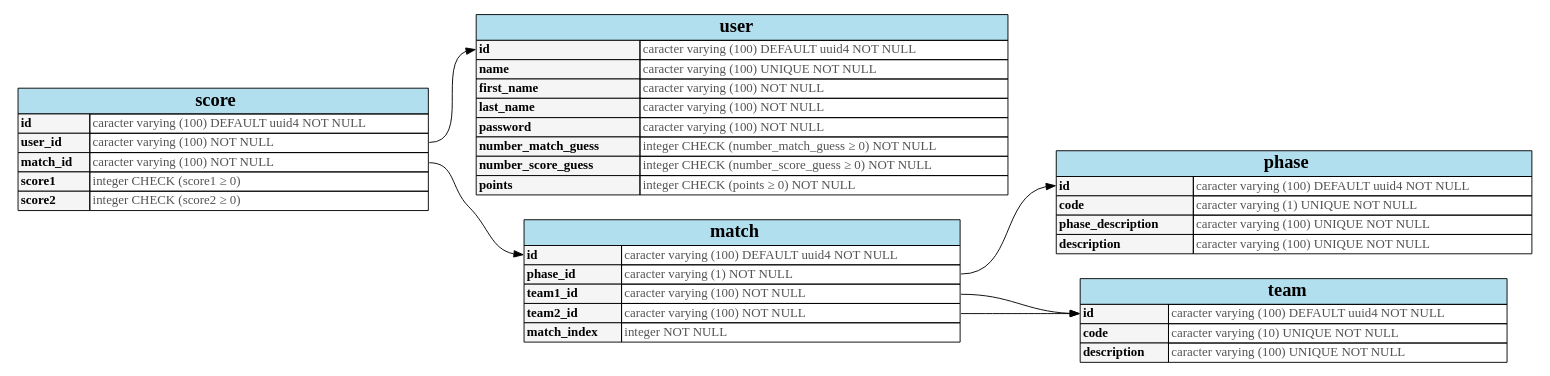
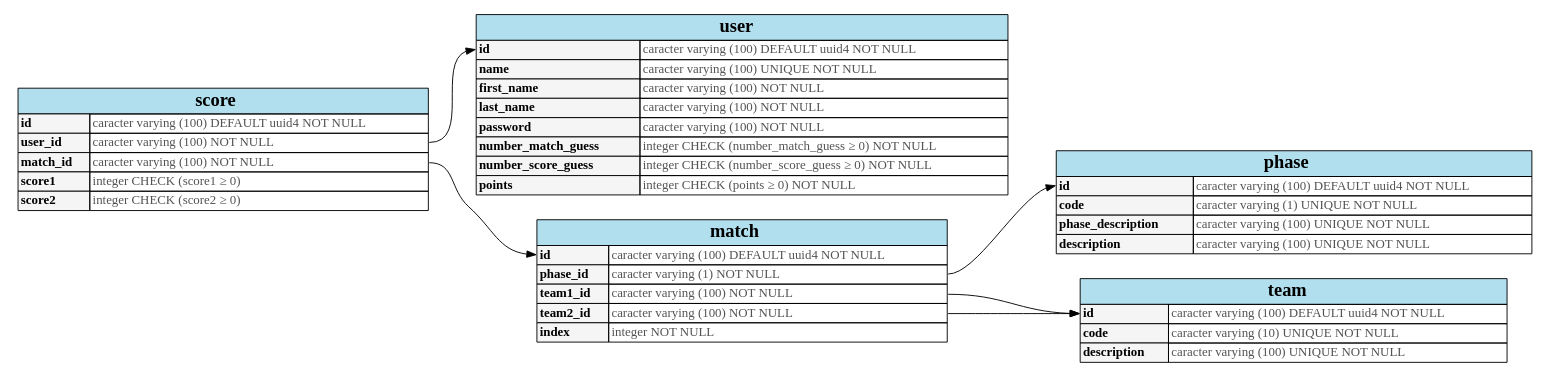
One commit to yak-toto/yak-server changed the diagram in doc/sql_graph.dot. Above: the diagram before and after it, drawn with Graphviz. The commit also changed 4 other files, not shown here.

Commit message:
Change match index column name and introduction in db

```diff
--- a/doc/sql_graph.dot
+++ b/doc/sql_graph.dot
@@ -1,77 +1,77 @@
 digraph G {
     graph[rankdir="LR"];
 
     user[
     shape=none
     label=<
       <table border="0" cellspacing="0" cellborder="1">
         <tr><td bgcolor="lightblue2" colspan="2"><font face="Times-bold" point-size="20">user</font></td></tr>
         <tr><td bgcolor="grey96" align="left" port="id_left"><font face="Times-bold">id</font></td><td align="left"><font color="#535353">caracter varying (100) DEFAULT uuid4 NOT NULL</font></td></tr>
         <tr><td bgcolor="grey96" align="left"><font face="Times-bold">name</font></td><td align="left"><font color="#535353">caracter varying (100) UNIQUE NOT NULL</font></td></tr>
         <tr><td bgcolor="grey96" align="left"><font face="Times-bold">first_name</font></td><td align="left"><font color="#535353">caracter varying (100) NOT NULL</font></td></tr>
         <tr><td bgcolor="grey96" align="left"><font face="Times-bold">last_name</font></td><td align="left"><font color="#535353">caracter varying (100) NOT NULL</font></td></tr>
         <tr><td bgcolor="grey96" align="left"><font face="Times-bold">password</font></td><td align="left"><font color="#535353">caracter varying (100) NOT NULL</font></td></tr>
         <tr><td bgcolor="grey96" align="left"><font face="Times-bold">number_match_guess</font></td><td align="left"><font color="#535353">integer CHECK (number_match_guess &ge; 0) NOT NULL</font></td></tr>
         <tr><td bgcolor="grey96" align="left"><font face="Times-bold">number_score_guess</font></td><td align="left"><font color="#535353">integer CHECK (number_score_guess &ge; 0) NOT NULL</font></td></tr>
         <tr><td bgcolor="grey96" align="left"><font face="Times-bold">points</font></td><td align="left"><font color="#535353">integer CHECK (points &ge; 0) NOT NULL</font></td></tr>
       </table>
     >];
 
     match[
     shape=none
     label=<
       <table border="0" cellspacing="0" cellborder="1">
         <tr><td bgcolor="lightblue2" colspan="2"><font face="Times-bold" point-size="20">match</font></td></tr>
         <tr><td bgcolor="grey96" align="left" port="id"><font face="Times-bold">id</font></td><td align="left" port="id_right"><font color="#535353">caracter varying (100) DEFAULT uuid4 NOT NULL</font></td></tr>
         <tr><td bgcolor="grey96" align="left" port="phase_id"><font face="Times-bold">phase_id</font></td><td align="left" port="phase_id_right"><font color="#535353">caracter varying (1) NOT NULL</font></td></tr>
         <tr><td bgcolor="grey96" align="left" port="team1_id"><font face="Times-bold">team1_id</font></td><td align="left" port="team1_id_right"><font color="#535353">caracter varying (100) NOT NULL</font></td></tr>
         <tr><td bgcolor="grey96" align="left" port="team2_id"><font face="Times-bold">team2_id</font></td><td align="left" port="team2_id_right"><font color="#535353">caracter varying (100) NOT NULL</font></td></tr>
-        <tr><td bgcolor="grey96" align="left" port="match_index"><font face="Times-bold">match_index</font></td><td align="left" port="match_index_right"><font color="#535353">integer NOT NULL</font></td></tr>
+        <tr><td bgcolor="grey96" align="left" port="index"><font face="Times-bold">index</font></td><td align="left" port="match_index_right"><font color="#535353">integer NOT NULL</font></td></tr>
       </table>
     >];
 
     score[
     shape=none
     label=<
       <table border="0" cellspacing="0" cellborder="1">
         <tr><td bgcolor="lightblue2" colspan="2"><font face="Times-bold" point-size="20">score</font></td></tr>
         <tr><td bgcolor="grey96" align="left" port="id"><font face="Times-bold">id</font></td><td align="left" port="id_right"><font color="#535353">caracter varying (100) DEFAULT uuid4 NOT NULL</font></td></tr>
         <tr><td bgcolor="grey96" align="left" port="user_id"><font face="Times-bold">user_id</font></td><td align="left" port="user_id_right"><font color="#535353">caracter varying (100) NOT NULL</font></td></tr>
         <tr><td bgcolor="grey96" align="left" port="match_id"><font face="Times-bold">match_id</font></td><td align="left" port="match_id_right"><font color="#535353">caracter varying (100) NOT NULL</font></td></tr>
         <tr><td bgcolor="grey96" align="left" port="score1"><font face="Times-bold">score1</font></td><td align="left" port="score1_right"><font color="#535353">integer CHECK (score1 &ge; 0)</font></td></tr>
         <tr><td bgcolor="grey96" align="left" port="score2"><font face="Times-bold">score2</font></td><td align="left" port="score2_right"><font color="#535353">integer CHECK (score2 &ge; 0)</font></td></tr>
       </table>
     >];
 
     team[
       shape=none
       label=<
         <table border="0" cellspacing="0" cellborder="1">
           <tr><td bgcolor="lightblue2" colspan="2"><font face="Times-bold" point-size="20">team</font></td></tr>
           <tr><td bgcolor="grey96" align="left" port="id"><font face="Times-bold">id</font></td><td align="left" port="id_right"><font color="#535353">caracter varying (100) DEFAULT uuid4 NOT NULL</font></td></tr>
           <tr><td bgcolor="grey96" align="left" port="code_id"><font face="Times-bold">code</font></td><td align="left" port="user_id_right"><font color="#535353">caracter varying (10) UNIQUE NOT NULL</font></td></tr>
           <tr><td bgcolor="grey96" align="left" port="description_id"><font face="Times-bold">description</font></td><td align="left" port="user_id_right"><font color="#535353">caracter varying (100) UNIQUE NOT NULL</font></td></tr>
         </table>
       >
     ];
 
     phase[
       shape=none
       label=<
         <table border="0" cellspacing="0" cellborder="1">
           <tr><td bgcolor="lightblue2" colspan="2"><font face="Times-bold" point-size="20">phase</font></td></tr>
           <tr><td bgcolor="grey96" align="left" port="id"><font face="Times-bold">id</font></td><td align="left" port="id_right"><font color="#535353">caracter varying (100) DEFAULT uuid4 NOT NULL</font></td></tr>
           <tr><td bgcolor="grey96" align="left" port="group_id"><font face="Times-bold">code</font></td><td align="left" port="group_id_right"><font color="#535353">caracter varying (1) UNIQUE NOT NULL</font></td></tr>
           <tr><td bgcolor="grey96" align="left" port="group_id"><font face="Times-bold">phase_description</font></td><td align="left" port="group_id_right"><font color="#535353">caracter varying (100) UNIQUE NOT NULL</font></td></tr>
           <tr><td bgcolor="grey96" align="left" port="group_id"><font face="Times-bold">description</font></td><td align="left" port="group_id_right"><font color="#535353">caracter varying (100) UNIQUE NOT NULL</font></td></tr>
         </table>
       >
     ];
 
     "score":user_id_right -> "user":id_left
     "score":match_id_right -> "match":id
     "match":team1_id_right -> "team":id
     "match":team2_id_right -> "team":id
 
     "match":phase_id_right -> "phase":id
 }
```
